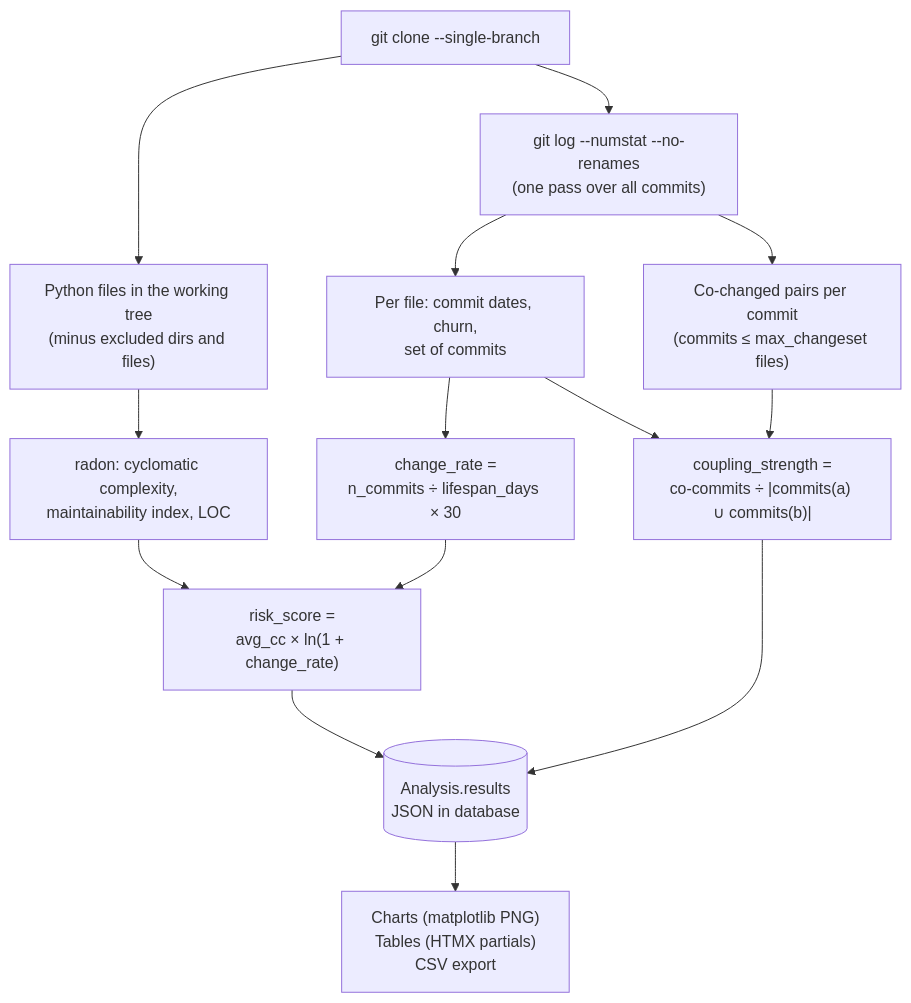
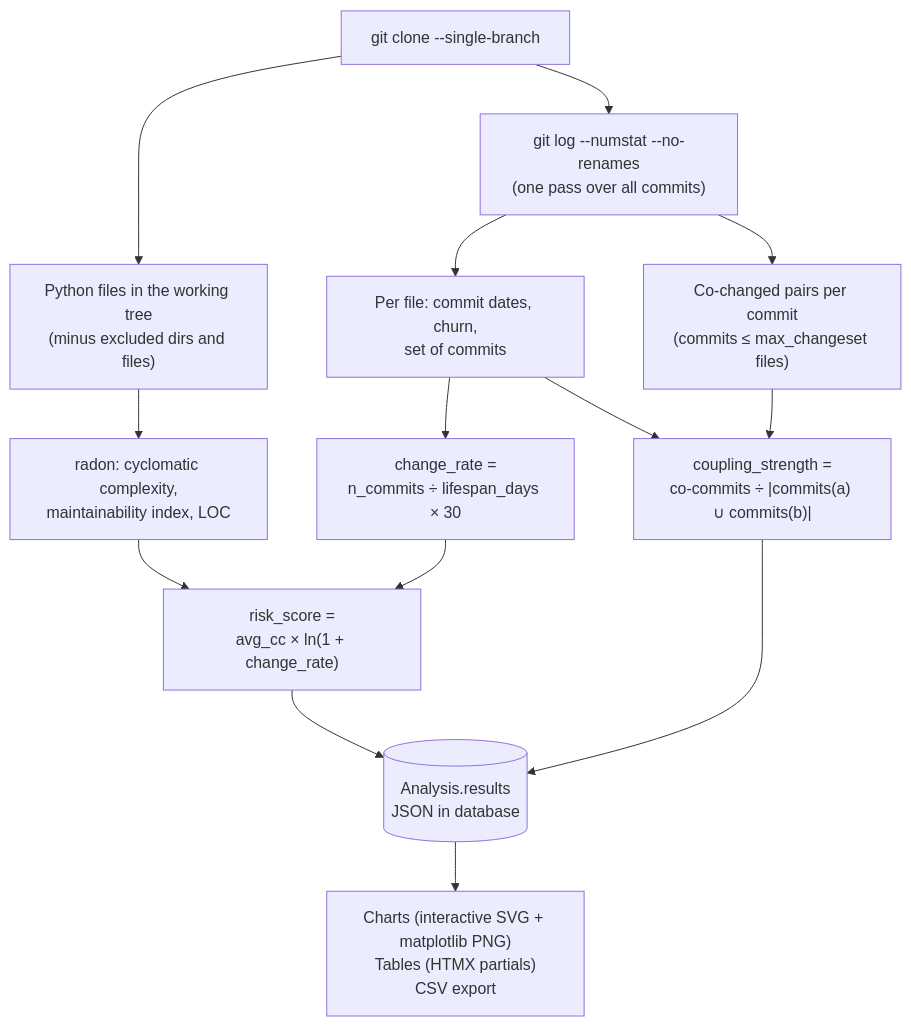
The first of 2 diagrams in README.md (julzhk/git-analysis), drawn with Mermaid before and after one commit. The commit also changed other lines of this file and 28 other files, not shown here.

First line of the commit message:
Add git-code-quality Claude Code plugin; make remaining charts interactive

````diff
--- a/README.md
+++ b/README.md
@@ -57,16 +58,16 @@
 ```mermaid
 flowchart TD
     clone["git clone --single-branch"] --> history["git log --numstat --no-renames<br/>(one pass over all commits)"]
     clone --> tree["Python files in the working tree<br/>(minus excluded dirs and files)"]
     history --> perfile["Per file: commit dates, churn,<br/>set of commits"]
     tree --> radon["radon: cyclomatic complexity,<br/>maintainability index, LOC"]
     perfile --> rate["change_rate =<br/>n_commits ÷ lifespan_days × 30"]
     radon --> risk["risk_score =<br/>avg_cc × ln(1 + change_rate)"]
     rate --> risk
     history --> pairs["Co-changed pairs per commit<br/>(commits ≤ max_changeset files)"]
     perfile --> strength["coupling_strength =<br/>co-commits ÷ |commits(a) ∪ commits(b)|"]
     pairs --> strength
     risk --> results[("Analysis.results<br/>JSON in database")]
     strength --> results
-    results --> ui["Charts (matplotlib PNG)<br/>Tables (HTMX partials)<br/>CSV export"]
+    results --> ui["Charts (interactive SVG + matplotlib PNG)<br/>Tables (HTMX partials)<br/>CSV export"]
 ```
````
